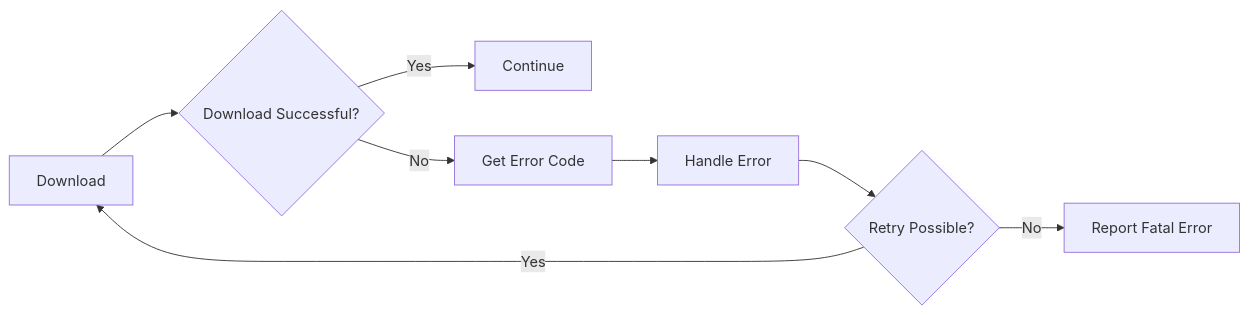
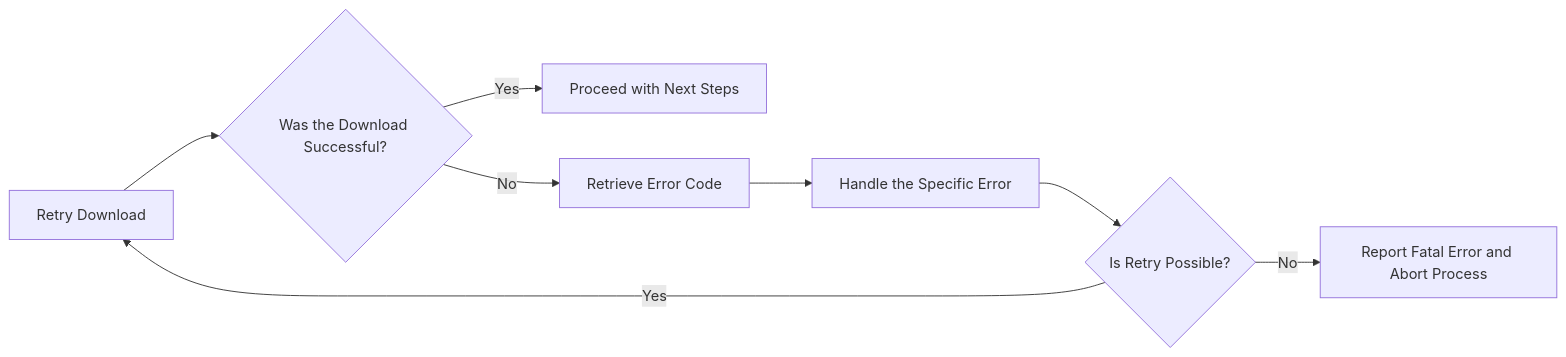
One commit to rdkcentral/rdkb-halif-fwupgrade changed the fourth of 6 diagrams in docs/pages/FirmwareManagementhalSpec.md. Above: the diagram before and after it, drawn with Mermaid. The commit also changed other lines of this file, not shown here.

````diff
--- a/docs/pages/FirmwareManagementhalSpec.md
+++ b/docs/pages/FirmwareManagementhalSpec.md
@@ -268,10 +268,10 @@
 ```mermaid
 graph LR
-    A[Download] -->B{Download Successful?}
-    B -->|Yes| C[Continue]
-    B -->|No| D[Get Error Code]
-    D --> E[Handle Error]
-    E --> F{Retry Possible?}
-    F -->|Yes| A[Download]
-    F -->|No| G[Report Fatal Error]
+    A[Attempt to Download Firmware] --> B{Was the Download Successful?}
+    B -->|Yes| C[Proceed with Next Steps]
+    B -->|No| D[Retrieve Error Code]
+    D --> E[Handle the Specific Error]
+    E --> F{Is Retry Possible?}
+    F -->|Yes| A[Retry Download]
+    F -->|No| G[Report Fatal Error and Abort Process]
 ```
````
